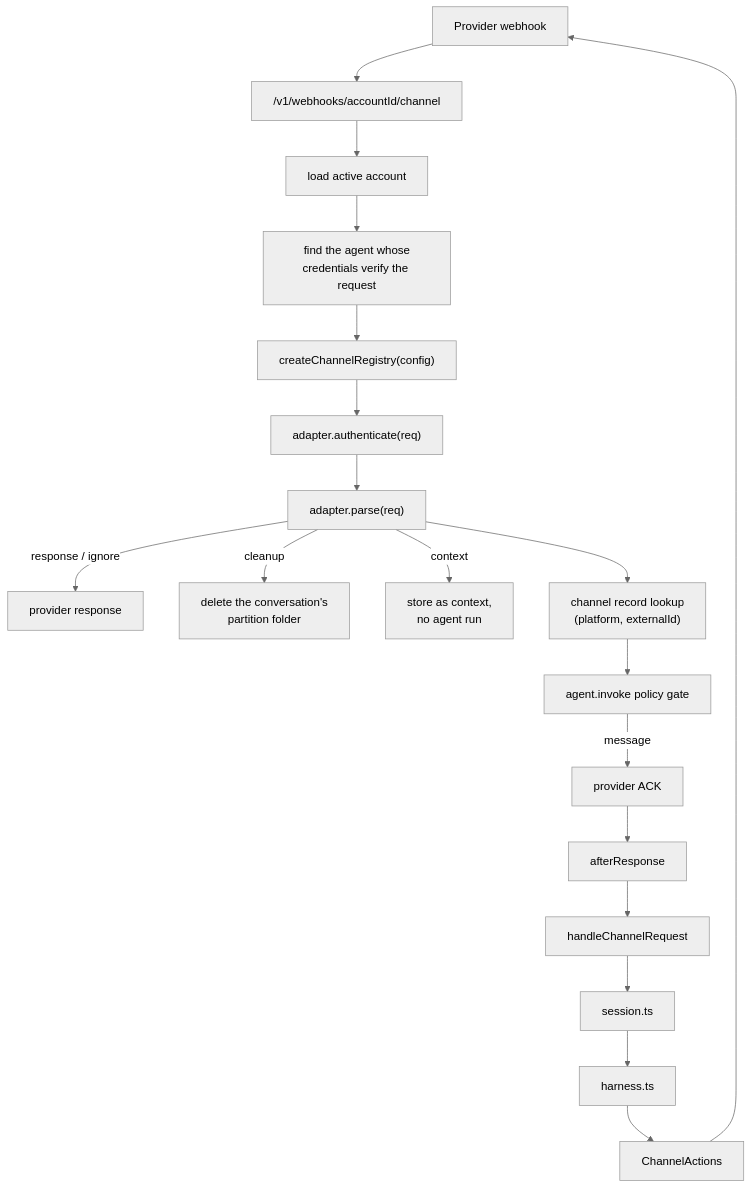
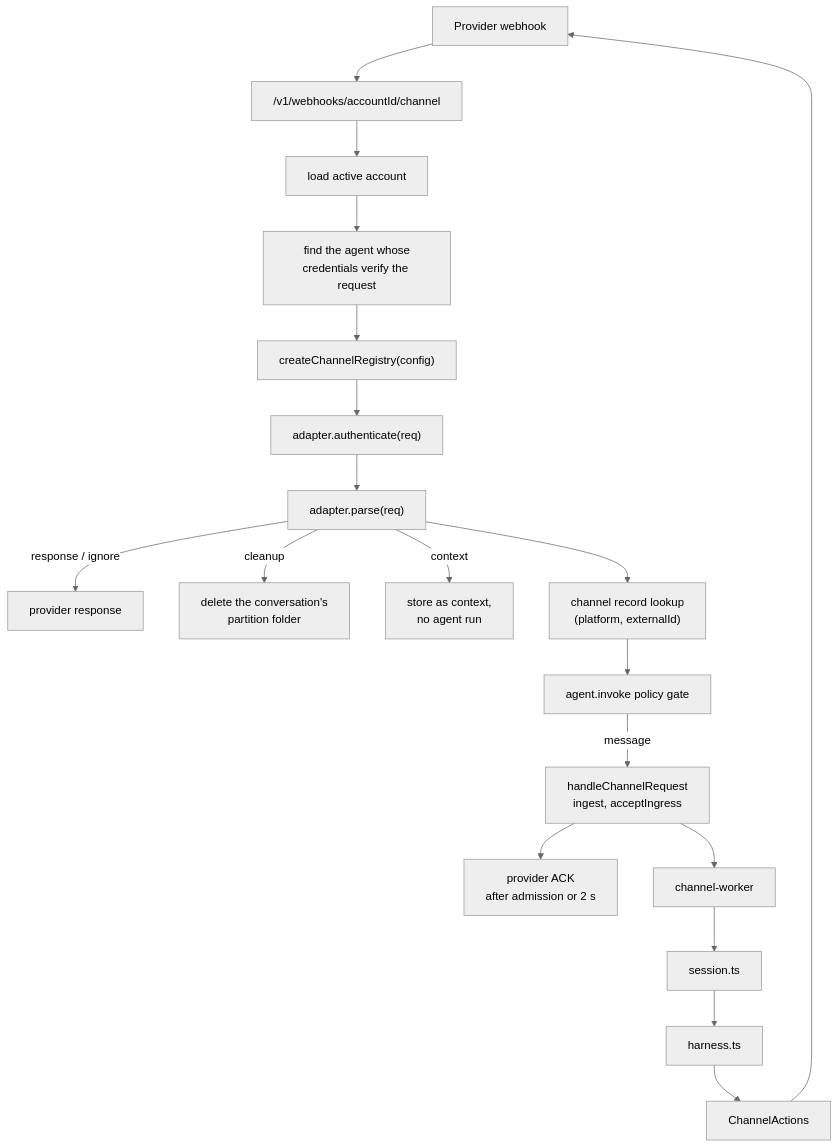
The first of 4 diagrams in apps/docs/docs/internals/channels.md (beeblastco/broods), drawn with Mermaid (neutral theme) before and after one commit. The commit also changed other lines of this file and 12 other files, not shown here.

First line of the commit message:
docs: drop duplicate API navbar link, add internals diagrams

````diff
--- a/apps/docs/docs/internals/channels.md
+++ b/apps/docs/docs/internals/channels.md
@@ -24,21 +24,21 @@
 ```mermaid
 flowchart TD
   Provider["Provider webhook"] --> Url["/v1/webhooks/accountId/channel"]
   Url --> Account["load active account"]
   Account --> Agent["find the agent whose<br/>credentials verify the request"]
   Agent --> Registry["createChannelRegistry(config)"]
   Registry --> Auth["adapter.authenticate(req)"]
   Auth --> Parse["adapter.parse(req)"]
   Parse -->|"response / ignore"| Early["provider response"]
   Parse -->|"cleanup"| Cleanup["delete the conversation's<br/>partition folder"]
   Parse -->|"context"| Context["store as context,<br/>no agent run"]
   Parse --> Record["channel record lookup<br/>(platform, externalId)"]
   Record --> Gate["agent.invoke policy gate"]
-  Gate -->|"message"| Ack["provider ACK"]
-  Ack --> After["afterResponse"]
-  After --> Handler["handleChannelRequest"]
-  Handler --> Session["session.ts"]
+  Gate -->|"message"| Handler["handleChannelRequest<br/>ingest, acceptIngress"]
+  Handler --> Ack["provider ACK<br/>after admission or 2 s"]
+  Handler --> Worker["channel-worker"]
+  Worker --> Session["session.ts"]
   Session --> Harness["harness.ts"]
   Harness --> Actions["ChannelActions"]
   Actions --> Provider
 ```
````
